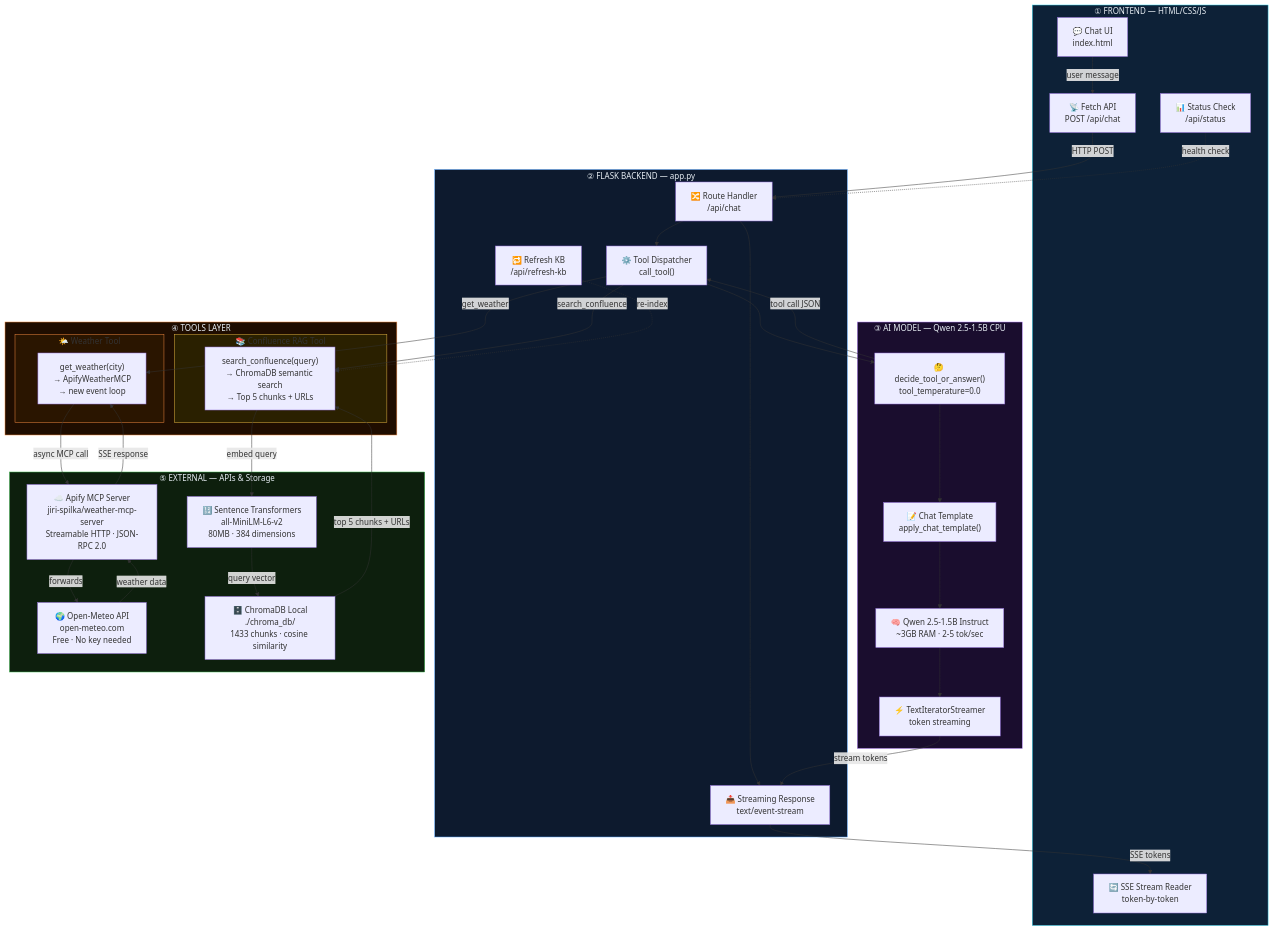
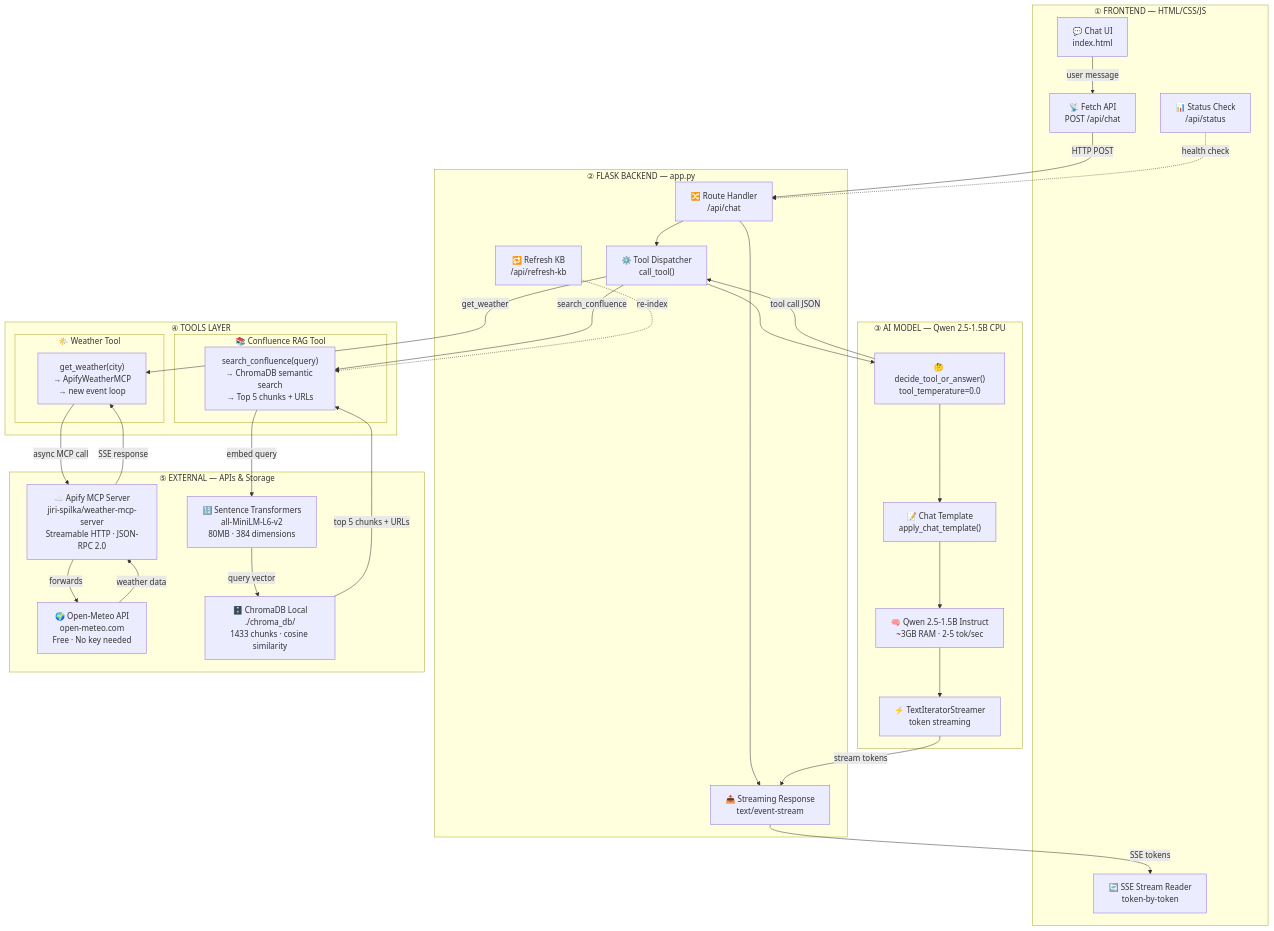
One commit to sutheesh/OpenChat changed the first of 5 diagrams in README.md. Above: the diagram before and after it, drawn with Mermaid. The commit also changed other lines of this file and 1 other file, not shown here.

Commit message:
update architecture

````diff
--- a/README.md
+++ b/README.md
@@ -270,74 +182,68 @@
 ```mermaid
 graph TB
     subgraph FRONTEND["① FRONTEND — HTML/CSS/JS"]
         UI["💬 Chat UI<br/>index.html"]
         FETCH["📡 Fetch API<br/>POST /api/chat"]
         SSE["🔄 SSE Stream Reader<br/>token-by-token"]
         STATUS["📊 Status Check<br/>/api/status"]
     end
 
     subgraph FLASK["② FLASK BACKEND — app.py"]
         ROUTE["🔀 Route Handler<br/>/api/chat"]
         STREAM["📤 Streaming Response<br/>text/event-stream"]
         DISPATCH["⚙️ Tool Dispatcher<br/>call_tool()"]
         REFRESH["🔁 Refresh KB<br/>/api/refresh-kb"]
     end
 
     subgraph MODEL["③ AI MODEL — Qwen 2.5-1.5B CPU"]
         QWEN["🧠 Qwen 2.5-1.5B Instruct<br/>~3GB RAM · 2-5 tok/sec"]
         DECIDE["🤔 decide_tool_or_answer()<br/>tool_temperature=0.0"]
         STREAMER["⚡ TextIteratorStreamer<br/>token streaming"]
         TEMPLATE["📝 Chat Template<br/>apply_chat_template()"]
     end
 
     subgraph TOOLS["④ TOOLS LAYER"]
         subgraph WEATHER_T["🌤️ Weather Tool"]
             WT["get_weather(city)<br/>→ ApifyWeatherMCP<br/>→ new event loop"]
         end
         subgraph RAG_T["📚 Confluence RAG Tool"]
             RT["search_confluence(query)<br/>→ ChromaDB semantic search<br/>→ Top 5 chunks + URLs"]
         end
     end
 
     subgraph EXTERNAL["⑤ EXTERNAL — APIs & Storage"]
         APIFY["☁️ Apify MCP Server<br/>jiri-spilka/weather-mcp-server<br/>Streamable HTTP · JSON-RPC 2.0"]
         METEO["🌍 Open-Meteo API<br/>open-meteo.com<br/>Free · No key needed"]
         CHROMA["🗄️ ChromaDB Local<br/>./chroma_db/<br/>1433 chunks · cosine similarity"]
         EMBED["🔢 Sentence Transformers<br/>all-MiniLM-L6-v2<br/>80MB · 384 dimensions"]
     end
 
     UI -->|user message| FETCH
     FETCH -->|HTTP POST| ROUTE
     ROUTE --> STREAM
     STREAM -->|SSE tokens| SSE
     STATUS -.->|health check| ROUTE
 
     ROUTE --> DISPATCH
     DISPATCH --> DECIDE
     DECIDE --> TEMPLATE
     TEMPLATE --> QWEN
     QWEN --> STREAMER
     STREAMER -->|stream tokens| STREAM
 
     DECIDE -->|tool call JSON| DISPATCH
     DISPATCH -->|get_weather| WT
     DISPATCH -->|search_confluence| RT
     REFRESH -.->|re-index| RT
 
     WT -->|async MCP call| APIFY
     APIFY -->|forwards| METEO
     METEO -->|weather data| APIFY
     APIFY -->|SSE response| WT
 
     RT -->|embed query| EMBED
     EMBED -->|query vector| CHROMA
     CHROMA -->|top 5 chunks + URLs| RT
 
-    style FRONTEND fill:#0d2137,stroke:#39d5f0,color:#e6edf3
-    style FLASK fill:#0d1a2e,stroke:#58a6ff,color:#e6edf3
-    style MODEL fill:#1a0d2e,stroke:#bc8cff,color:#e6edf3
-    style TOOLS fill:#1f0d00,stroke:#f0883e,color:#e6edf3
-    style EXTERNAL fill:#0d1f0d,stroke:#3fb950,color:#e6edf3
-    style WEATHER_T fill:#2a1500,stroke:#f0883e
-    style RAG_T fill:#2a2000,stroke:#e3b341
+
 ```
````
